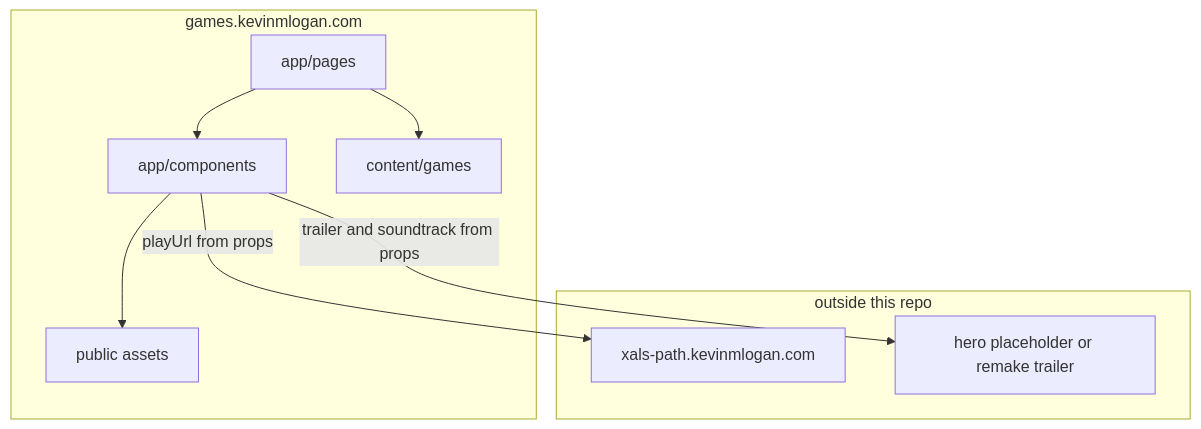
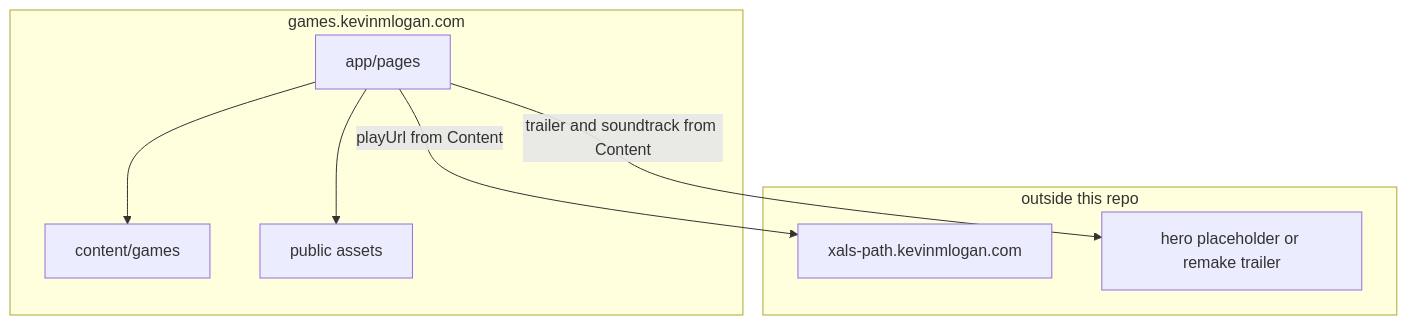
The first of 4 diagrams in _bmad-output/planning-artifacts/architecture/architecture-games-2026-09-07/ARCHITECTURE-SPINE.md (kevinlogan94/games), drawn with Mermaid before and after one commit. The commit also changed other lines of this file and 10 other files, not shown here.

````diff
--- a/_bmad-output/planning-artifacts/architecture/architecture-games-2026-09-07/ARCHITECTURE-SPINE.md
+++ b/_bmad-output/planning-artifacts/architecture/architecture-games-2026-09-07/ARCHITECTURE-SPINE.md
@@ -27,18 +27,16 @@
 ```mermaid
 flowchart TB
   subgraph catalog [games.kevinmlogan.com]
     Pages[app/pages]
-    Components[app/components]
     Content[content/games]
     Public[public assets]
-    Pages --> Components
     Pages --> Content
-    Components --> Public
+    Pages --> Public
   end
   subgraph external [outside this repo]
     Play[xals-path.kevinmlogan.com]
     Trailer[hero placeholder or remake trailer]
   end
-  Components -->|"playUrl from props"| Play
-  Components -->|"trailer and soundtrack from props"| Trailer
+  Pages -->|"playUrl from Content"| Play
+  Pages -->|"trailer and soundtrack from Content"| Trailer
 ```
````
